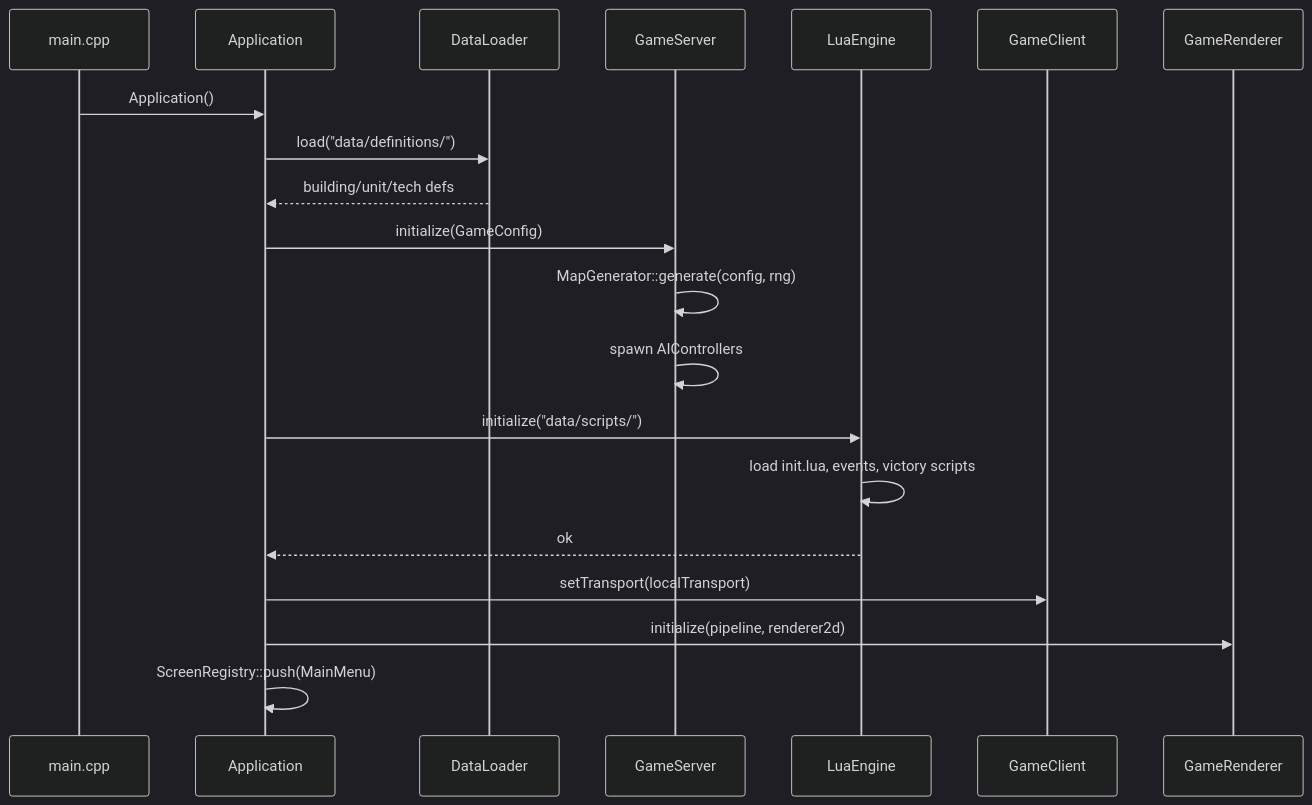
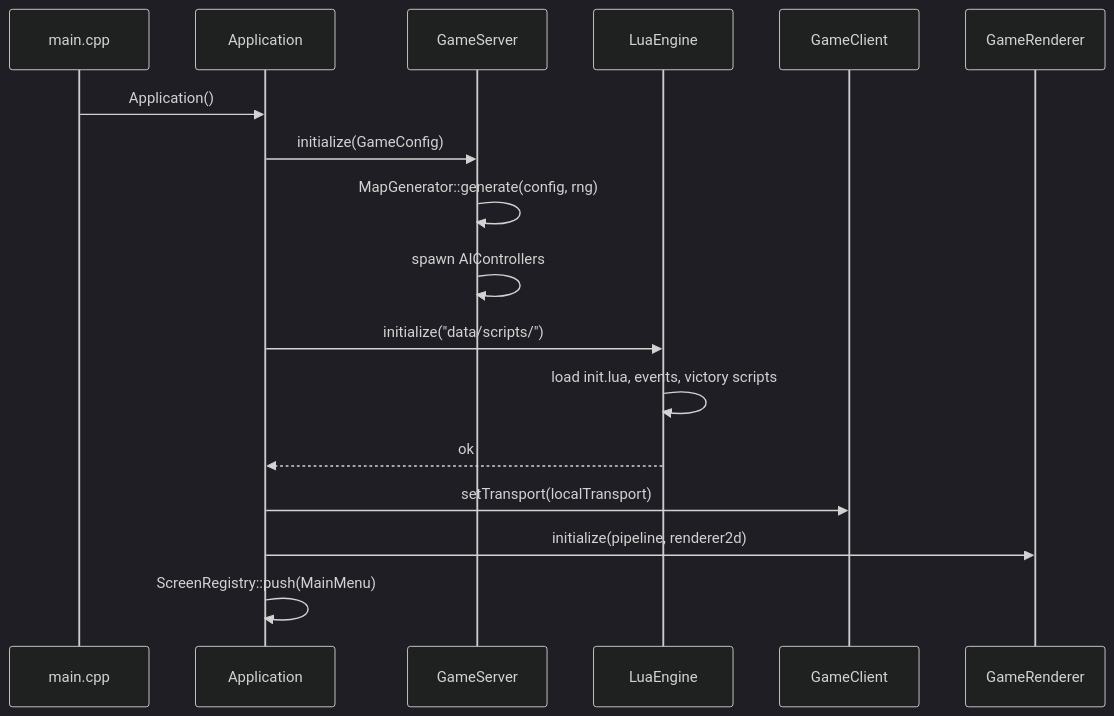
One commit to NiklasDietz/age_of_civ changed the first of 5 diagrams in docs/architecture/interactions.md. Above: the diagram before and after it, drawn with Mermaid (dark theme). The commit also changed 47 other files, not shown here.

````diff
--- a/docs/architecture/interactions.md
+++ b/docs/architecture/interactions.md
@@ -24,23 +24,20 @@
 ```mermaid
 sequenceDiagram
   participant main as main.cpp
   participant app as Application
-  participant dl as DataLoader
   participant srv as GameServer
   participant lua as LuaEngine
   participant cli as GameClient
   participant rnd as GameRenderer
 
   main->>app: Application()
-  app->>dl: load("data/definitions/")
-  dl-->>app: building/unit/tech defs
   app->>srv: initialize(GameConfig)
   srv->>srv: MapGenerator::generate(config, rng)
   srv->>srv: spawn AIControllers
   app->>lua: initialize("data/scripts/")
   lua->>lua: load init.lua, events, victory scripts
   lua-->>app: ok
   app->>cli: setTransport(localTransport)
   app->>rnd: initialize(pipeline, renderer2d)
   app->>app: ScreenRegistry::push(MainMenu)
 ```
````
